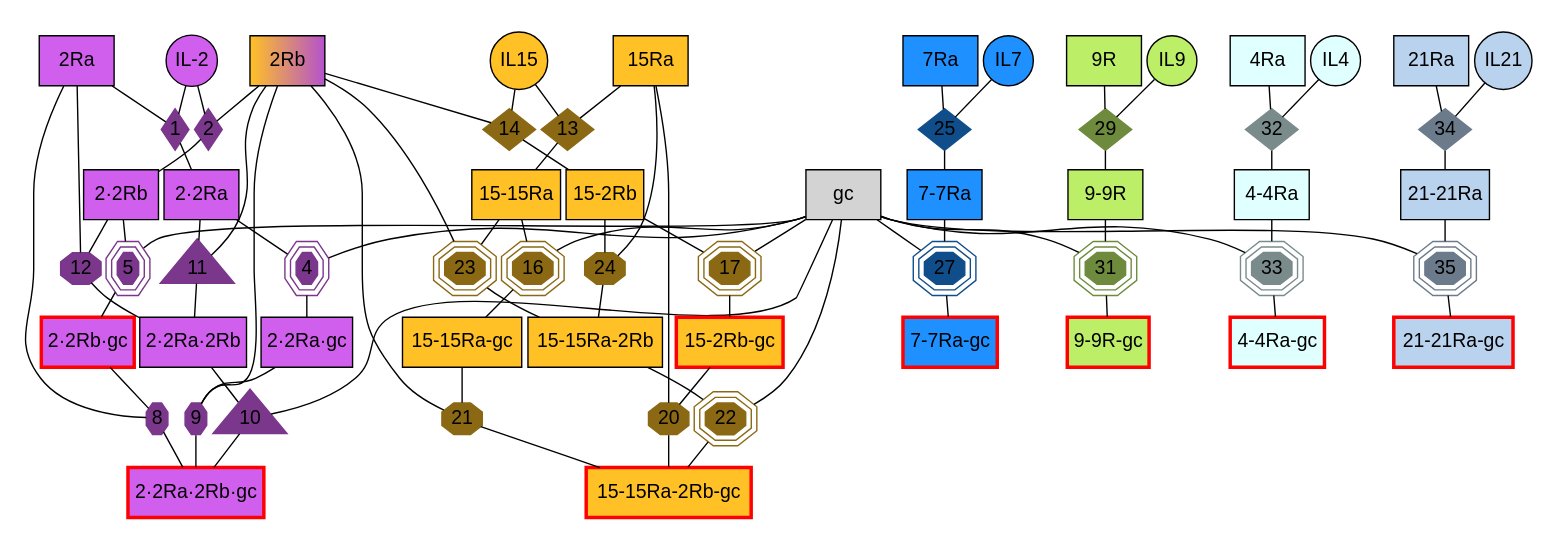
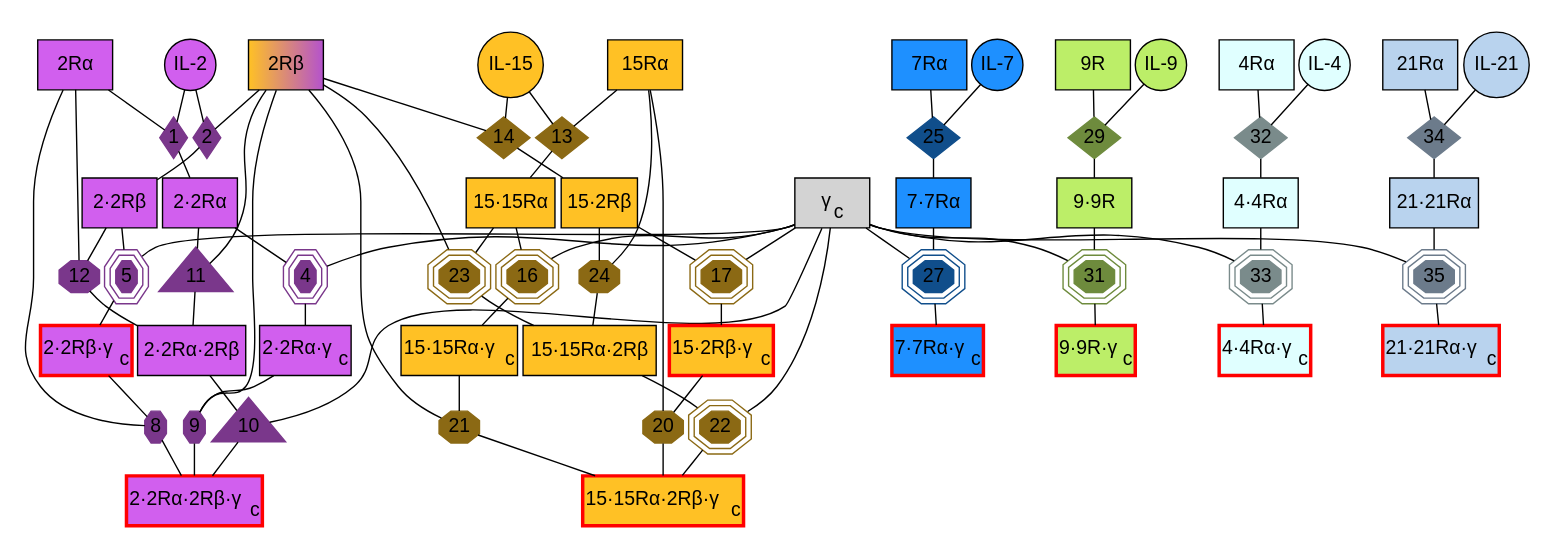
The diagram in ckine/data/graph_all.gv (meyer-lab/gc-valent), drawn with Graphviz before and after one commit.

Commit message:
graph_all up to speed

```diff
--- a/ckine/data/graph_all.gv
+++ b/ckine/data/graph_all.gv
@@ -5,52 +5,52 @@
     subgraph specises {
         node [margin=0.03];
         rank="max";
-        "gc"    [shape=box, style=filled, BGCOLOR="white", fontname = "helvetica"];
+        "gc"    [label=<γ<SUB>c</SUB>>, shape=box, style=filled, BGCOLOR="white", fontname = "helvetica"];
     }
 
     subgraph species {
         node [margin=0.03];
 
         "IL-2"   [shape=circle, fontname = "helvetica", fillcolor=mediumorchid2, style=filled ];
-        "2Ra" [shape=box, fontname = "helvetica", fillcolor=mediumorchid2, style=filled   ];
-        "2Rb" [shape=box, style=filled, fontname = "helvetica", fillcolor="goldenrod1:mediumorchid3", style=filled];
-        "2·2Ra" [shape=box, fontname = "helvetica", fillcolor=mediumorchid2, style=filled];
-        "2·2Rb" [shape=box, fontname = "helvetica", fillcolor=mediumorchid2, style=filled];
-        "2·2Ra" [shape=box, fontname = "helvetica", fillcolor=mediumorchid2, style=filled];
-        "2·2Ra" [shape=box, fontname = "helvetica", fillcolor=mediumorchid2, style=filled];
-        "2·2Ra·2Rb" [shape=box, fontname = "helvetica", fillcolor=mediumorchid2, style=filled ];
-        "2·2Ra·gc" [shape=box, fontname = "helvetica" , fillcolor=mediumorchid2, style=filled];
-        "2·2Rb·gc" [shape=box, color=red, fontname = "helvetica" , fillcolor=mediumorchid2, style=filled, penwidth=2.5];
-        "2·2Ra·2Rb·gc" [shape=box, color=red, fontname = "helvetica", fillcolor=mediumorchid2, style=filled , penwidth=2.5];
+        "2Rα" [shape=box, fontname = "helvetica", fillcolor=mediumorchid2, style=filled   ];
+        "2Rβ" [shape=box, style=filled, fontname = "helvetica", fillcolor="goldenrod1:mediumorchid3", style=filled];
+        "2·2Rα" [shape=box, fontname = "helvetica", fillcolor=mediumorchid2, style=filled];
+        "2·2Rβ" [shape=box, fontname = "helvetica", fillcolor=mediumorchid2, style=filled];
+        "2·2Rα" [shape=box, fontname = "helvetica", fillcolor=mediumorchid2, style=filled];
+        "2·2Rα" [shape=box, fontname = "helvetica", fillcolor=mediumorchid2, style=filled];
+        "2·2Rα·2Rβ" [shape=box, fontname = "helvetica", fillcolor=mediumorchid2, style=filled ];
+        "2·2Rα·gc" [label=<2·2Rα·γ<SUB>c</SUB>>, shape=box, fontname = "helvetica" , fillcolor=mediumorchid2, style=filled];
+        "2·2Rβ·gc" [label=<2·2Rβ·γ<SUB>c</SUB>>, shape=box, color=red, fontname = "helvetica" , fillcolor=mediumorchid2, style=filled, penwidth=2.5];
+        "2·2Rα·2Rβ·gc" [label=<2·2Rα·2Rβ·γ<SUB>c</SUB>>, shape=box, color=red, fontname = "helvetica", fillcolor=mediumorchid2, style=filled , penwidth=2.5];
 
-        "IL15"  [shape=circle, fontname = "helvetica", fillcolor=goldenrod1, style=filled];
-        "15Ra"    [shape=box, fontname = "helvetica", fillcolor=goldenrod1, style=filled];
-        "15-15Ra"   [shape=box, fontname = "helvetica", fillcolor=goldenrod1, style=filled];
-        "15-2Rb"    [shape=box, fontname = "helvetica", fillcolor=goldenrod1, style=filled];
-        "15-15Ra-2Rb" [shape=box, fontname = "helvetica", fillcolor=goldenrod1, style=filled];
-        "15-15Ra-gc"    [shape=box, fontname = "helvetica", fillcolor=goldenrod1, style=filled];
-        "15-2Rb-gc" [shape=box, color=red, fontname = "helvetica", fillcolor=goldenrod1, style=filled, penwidth=2.5];
-        "15-15Ra-2Rb-gc"  [shape=box, color=red, fontname = "helvetica", fillcolor=goldenrod1, style=filled, penwidth=2.5];
+        "IL-15"  [shape=circle, fontname = "helvetica", fillcolor=goldenrod1, style=filled];
+        "15Rα"    [shape=box, fontname = "helvetica", fillcolor=goldenrod1, style=filled];
+        "15·15Rα"   [shape=box, fontname = "helvetica", fillcolor=goldenrod1, style=filled];
+        "15·2Rβ"    [shape=box, fontname = "helvetica", fillcolor=goldenrod1, style=filled];
+        "15·15Rα·2Rβ" [shape=box, fontname = "helvetica", fillcolor=goldenrod1, style=filled];
+        "15·15Rα·gc"    [label=<15·15Rα·γ<SUB>c</SUB>>, shape=box, fontname = "helvetica", fillcolor=goldenrod1, style=filled];
+        "15·2Rβ·gc" [label=<15·2Rβ·γ<SUB>c</SUB>>, shape=box, color=red, fontname = "helvetica", fillcolor=goldenrod1, style=filled, penwidth=2.5];
+        "15·15Rα·2Rβ·gc"  [label=<15·15Rα·2Rβ·γ<SUB>c</SUB>>, shape=box, color=red, fontname = "helvetica", fillcolor=goldenrod1, style=filled, penwidth=2.5];
 
-        "IL7"   [shape=circle, fontname = "helvetica", fillcolor=dodgerblue, style=filled];
-        "7Ra" [shape=box, fontname = "helvetica", fillcolor=dodgerblue, style=filled];
-        "7-7Ra" [shape=box, fontname = "helvetica", fillcolor=dodgerblue, style=filled];
-        "7-7Ra-gc"  [shape=box, color=red, fontname = "helvetica", fillcolor=dodgerblue, style=filled, penwidth=2.5];
+        "IL-7"   [shape=circle, fontname = "helvetica", fillcolor=dodgerblue, style=filled];
+        "7Rα" [shape=box, fontname = "helvetica", fillcolor=dodgerblue, style=filled];
+        "7·7Rα" [shape=box, fontname = "helvetica", fillcolor=dodgerblue, style=filled];
+        "7·7Rα·gc"  [label=<7·7Rα·γ<SUB>c</SUB>>, shape=box, color=red, fontname = "helvetica", fillcolor=dodgerblue, style=filled, penwidth=2.5];
 
-        "IL9"   [shape=circle, fontname = "helvetica", fillcolor=darkolivegreen2, style=filled];
+        "IL-9"   [shape=circle, fontname = "helvetica", fillcolor=darkolivegreen2, style=filled];
         "9R" [shape=box , fontname = "helvetica" , fillcolor=darkolivegreen2, style=filled  ];
-        "9-9R" [shape=box, fontname = "helvetica", fillcolor=darkolivegreen2, style=filled];
-        "9-9R-gc" [shape=box, color=red, fontname = "helvetica", fillcolor=darkolivegreen2, style=filled , penwidth=2.5];
+        "9·9R" [shape=box, fontname = "helvetica", fillcolor=darkolivegreen2, style=filled];
+        "9·9R·gc" [label=<9·9R·γ<SUB>c</SUB>>, shape=box, color=red, fontname = "helvetica", fillcolor=darkolivegreen2, style=filled , penwidth=2.5];
 
-        "IL4"   [shape=circle, fontname = "helvetica", fillcolor=lightcyan, style=filled];
-        "4Ra" [shape=box, fontname = "helvetica" , fillcolor=lightcyan, style=filled   ];
-        "4-4Ra" [shape=box, fontname = "helvetica", fillcolor=lightcyan, style=filled];
-        "4-4Ra-gc" [shape=box, color=red, fontname = "helvetica" , fillcolor=lightcyan, style=filled , penwidth=2.5];
+        "IL-4"   [shape=circle, fontname = "helvetica", fillcolor=lightcyan, style=filled];
+        "4Rα" [shape=box, fontname = "helvetica" , fillcolor=lightcyan, style=filled   ];
+        "4·4Rα" [shape=box, fontname = "helvetica", fillcolor=lightcyan, style=filled];
+        "4·4Rα·gc" [label=<4·4Rα·γ<SUB>c</SUB>>, shape=box, color=red, fontname = "helvetica" , fillcolor=lightcyan, style=filled , penwidth=2.5];
 
-        "IL21"   [shape=circle, fontname = "helvetica", fillcolor=slategray2, style=filled];
-        "21Ra" [shape=box , fontname = "helvetica", fillcolor=slategray2, style=filled   ];
-        "21-21Ra" [shape=box, fontname = "helvetica", fillcolor=slategray2, style=filled];
-        "21-21Ra-gc" [shape=box, color=red, fontname = "helvetica", fillcolor=slategray2, style=filled , penwidth=2.5 ];
+        "IL-21"   [shape=circle, fontname = "helvetica", fillcolor=slategray2, style=filled];
+        "21Rα" [shape=box , fontname = "helvetica", fillcolor=slategray2, style=filled   ];
+        "21·21Rα" [shape=box, fontname = "helvetica", fillcolor=slategray2, style=filled];
+        "21·21Rα·gc" [label=<21·21Rα·γ<SUB>c</SUB>>, shape=box, color=red, fontname = "helvetica", fillcolor=slategray2, style=filled , penwidth=2.5 ];
     }
 
     subgraph cluster_IL2 {
@@ -59,48 +59,48 @@
 
         "1" [shape=diamond,style=filled,height=.1,width=.1, fontname = "helvetica"];
         "IL-2" -> "1" [dir=none,weight=1];
-        "2Ra" -> "1" [dir=none,weight=1];
-        "1" -> "2·2Ra" [dir=none, weight=2];
+        "2Rα" -> "1" [dir=none,weight=1];
+        "1" -> "2·2Rα" [dir=none, weight=2];
 
         "2" [shape=diamond,style=filled,height=.1,width=.1, fontname = "helvetica"];
         "IL-2" -> "2" [dir=none,weight=1];
-        "2Rb" -> "2" [dir=none,weight=1];
-        "2" -> "2·2Rb" [dir=none, weight=2];
+        "2Rβ" -> "2" [dir=none,weight=1];
+        "2" -> "2·2Rβ" [dir=none, weight=2];
 
         "4" [shape=tripleoctagon,style=filled,height=.1,width=.1, fontname = "helvetica"];
-        "2·2Ra" -> "4" [dir=none,weight=1];
+        "2·2Rα" -> "4" [dir=none,weight=1];
         "gc" -> "4" [dir=none,weight=1];
-        "4" -> "2·2Ra·gc" [dir=none, weight=2];
+        "4" -> "2·2Rα·gc" [dir=none, weight=2];
 
         "5" [shape=tripleoctagon,style=filled,height=.1,width=.1, fontname = "helvetica"];
-        "2·2Rb" -> "5" [dir=none,weight=1];
+        "2·2Rβ" -> "5" [dir=none,weight=1];
         "gc" -> "5" [dir=none,weight=1];
-        "5" -> "2·2Rb·gc" [dir=none, weight=2];
+        "5" -> "2·2Rβ·gc" [dir=none, weight=2];
 
         "8" [shape=octagon,style=filled,height=.1,width=.1, fontname = "helvetica"];
-        "2·2Rb·gc" -> "8" [dir=none,weight=1];
-        "2Ra" -> "8" [dir=none,weight=1];
-        "8" -> "2·2Ra·2Rb·gc" [dir=none, weight=2, fontname = "helvetica"];
+        "2·2Rβ·gc" -> "8" [dir=none,weight=1];
+        "2Rα" -> "8" [dir=none,weight=1];
+        "8" -> "2·2Rα·2Rβ·gc" [dir=none, weight=2, fontname = "helvetica"];
 
         "9" [shape=octagon,style=filled,height=.1,width=.1, fontname = "helvetica"];
-        "2·2Ra·gc" -> "9" [dir=none,weight=1];
-        "2Rb" -> "9" [dir=none,weight=1];
-        "9" -> "2·2Ra·2Rb·gc" [dir=none, weight=2];
+        "2·2Rα·gc" -> "9" [dir=none,weight=1];
+        "2Rβ" -> "9" [dir=none,weight=1];
+        "9" -> "2·2Rα·2Rβ·gc" [dir=none, weight=2];
 
         "10" [shape=triangle,style=filled,height=.1,width=.04, fontname = "helvetica"];
-        "2·2Ra·2Rb" -> "10" [dir=none,weight=1];
+        "2·2Rα·2Rβ" -> "10" [dir=none,weight=1];
         "gc" -> "10" [dir=none,weight=1];
-        "10" -> "2·2Ra·2Rb·gc" [dir=none, weight=2];
+        "10" -> "2·2Rα·2Rβ·gc" [dir=none, weight=2];
 
         "11" [shape=triangle,style=filled,height=.1,width=.04, fontname = "helvetica"];
-        "2·2Ra" -> "11" [dir=none,weight=1];
-        "2Rb" -> "11" [dir=none,weight=1];
-        "11" -> "2·2Ra·2Rb" [dir=none, weight=2];
+        "2·2Rα" -> "11" [dir=none,weight=1];
+        "2Rβ" -> "11" [dir=none,weight=1];
+        "11" -> "2·2Rα·2Rβ" [dir=none, weight=2];
 
         "12" [shape=octagon,style=filled,height=.1,width=.1, fontname = "helvetica"];
-        "2·2Rb" -> "12" [dir=none,weight=1];
-        "2Ra" -> "12" [dir=none,weight=1];
-        "12" -> "2·2Ra·2Rb" [dir=none, weight=2];
+        "2·2Rβ" -> "12" [dir=none,weight=1];
+        "2Rα" -> "12" [dir=none,weight=1];
+        "12" -> "2·2Rα·2Rβ" [dir=none, weight=2];
     }
 
     subgraph cluster_IL15 {
@@ -109,49 +109,49 @@
         penwidth=0;
 
         "13" [shape=diamond,style=filled,height=.1,width=.1, fontname = "helvetica"];
-        "IL15" -> "13";
-        "15Ra" -> "13";
-        "13" -> "15-15Ra";
+        "IL-15" -> "13";
+        "15Rα" -> "13";
+        "13" -> "15·15Rα";
 
         "14" [shape=diamond,style=filled,height=.1,width=.1, fontname = "helvetica"];
-        "IL15" -> "14";
-        "2Rb" -> "14";
-        "14" -> "15-2Rb";
+        "IL-15" -> "14";
+        "2Rβ" -> "14";
+        "14" -> "15·2Rβ";
 
         "16" [shape=tripleoctagon,style=filled,height=.1,width=.1, fontname = "helvetica"];
-        "15-15Ra" -> "16";
+        "15·15Rα" -> "16";
         "gc" -> "16";
-        "16" -> "15-15Ra-gc";
+        "16" -> "15·15Rα·gc";
 
         "17" [shape=tripleoctagon,style=filled,height=.1,width=.1, fontname = "helvetica"];
-        "15-2Rb" -> "17";
+        "15·2Rβ" -> "17";
         "gc" -> "17";
-        "17" -> "15-2Rb-gc";
+        "17" -> "15·2Rβ·gc";
 
         "20" [shape=octagon,style=filled,height=.1,width=.1, fontname = "helvetica"];
-        "15-2Rb-gc" -> "20";
-        "15Ra" -> "20";
-        "20" -> "15-15Ra-2Rb-gc";
+        "15·2Rβ·gc" -> "20";
+        "15Rα" -> "20";
+        "20" -> "15·15Rα·2Rβ·gc";
 
         "21" [shape=octagon,style=filled,height=.1,width=.1, fontname = "helvetica"];
-        "15-15Ra-gc" -> "21";
-        "2Rb" -> "21";
-        "21" -> "15-15Ra-2Rb-gc";
+        "15·15Rα·gc" -> "21";
+        "2Rβ" -> "21";
+        "21" -> "15·15Rα·2Rβ·gc";
 
         "22" [shape=tripleoctagon,style=filled,height=.1,width=.1, fontname = "helvetica"];
-        "15-15Ra-2Rb" -> "22";
+        "15·15Rα·2Rβ" -> "22";
         "gc" -> "22";
-        "22" -> "15-15Ra-2Rb-gc";
+        "22" -> "15·15Rα·2Rβ·gc";
 
         "23" [shape=tripleoctagon,style=filled,height=.1,width=.1, fontname = "helvetica"];
-        "15-15Ra" -> "23";
-        "2Rb" -> "23";
-        "23" -> "15-15Ra-2Rb";
+        "15·15Rα" -> "23";
+        "2Rβ" -> "23";
+        "23" -> "15·15Rα·2Rβ";
 
         "24" [shape=octagon,style=filled,height=.1,width=.1, fontname = "helvetica"];
-        "15-2Rb" -> "24";
-        "15Ra" -> "24";
-        "24" -> "15-15Ra-2Rb";
+        "15·2Rβ" -> "24";
+        "15Rα" -> "24";
+        "24" -> "15·15Rα·2Rβ";
         }
 
     subgraph cluster_IL7 {
@@ -160,14 +160,14 @@
         penwidth=0;
         
         "25" [shape=diamond,style=filled,height=.1,width=.1, fontname = "helvetica"];
-        "IL7" -> "25";
-        "7Ra" -> "25";
-        "25" -> "7-7Ra";
+        "IL-7" -> "25";
+        "7Rα" -> "25";
+        "25" -> "7·7Rα";
 
         "27" [shape=tripleoctagon,style=filled,height=.1,width=.1, fontname = "helvetica"];
-        "7-7Ra" -> "27";
+        "7·7Rα" -> "27";
         "gc" -> "27";
-        "27" -> "7-7Ra-gc";
+        "27" -> "7·7Rα·gc";
     }
 
     subgraph cluster_IL9 {
@@ -176,14 +176,14 @@
         penwidth=0;
         
         "29" [shape=diamond, style=filled, height=.1, width=.1, fontname = "helvetica"];
-        "IL9" -> "29";
+        "IL-9" -> "29";
         "9R" -> "29";
-        "29" -> "9-9R";
+        "29" -> "9·9R";
 
         "31" [shape=tripleoctagon,style=filled,height=.1,width=.1, fontname = "helvetica"];
-        "9-9R" -> "31";
+        "9·9R" -> "31";
         "gc" -> "31";
-        "31" -> "9-9R-gc";
+        "31" -> "9·9R·gc";
     }
 
     subgraph cluster_IL4 {
@@ -192,14 +192,14 @@
         penwidth=0;
         
         "32" [shape=diamond, style=filled, height=0.1, width=0.1, fontname = "helvetica"];
-        "IL4" -> "32";
-        "4Ra" -> "32";
-        "32" -> "4-4Ra";
+        "IL-4" -> "32";
+        "4Rα" -> "32";
+        "32" -> "4·4Rα";
 
         "33" [shape=tripleoctagon,style=filled,height=.1,width=.1, fontname = "helvetica"];
-        "4-4Ra" -> "33";
+        "4·4Rα" -> "33";
         "gc" -> "33";
-        "33" -> "4-4Ra-gc";
+        "33" -> "4·4Rα·gc";
     }
     subgraph cluster_IL21 {
     	node [style=filled, color=slategray4, margin=0];
@@ -207,13 +207,13 @@
         penwidth=0;
         
         "34" [shape=diamond,style=filled,height=.1,width=.1, fontname = "helvetica"];
-        "IL21" -> "34";
-        "21Ra" -> "34";
-        "34" -> "21-21Ra";
+        "IL-21" -> "34";
+        "21Rα" -> "34";
+        "34" -> "21·21Rα";
 
         "35" [shape=tripleoctagon,style=filled, height=.1, width=.1, fontname = "helvetica"];
-        "21-21Ra" -> "35";
+        "21·21Rα" -> "35";
         "gc" -> "35";
-        "35" -> "21-21Ra-gc";
+        "35" -> "21·21Rα·gc";
     }
 }
```
